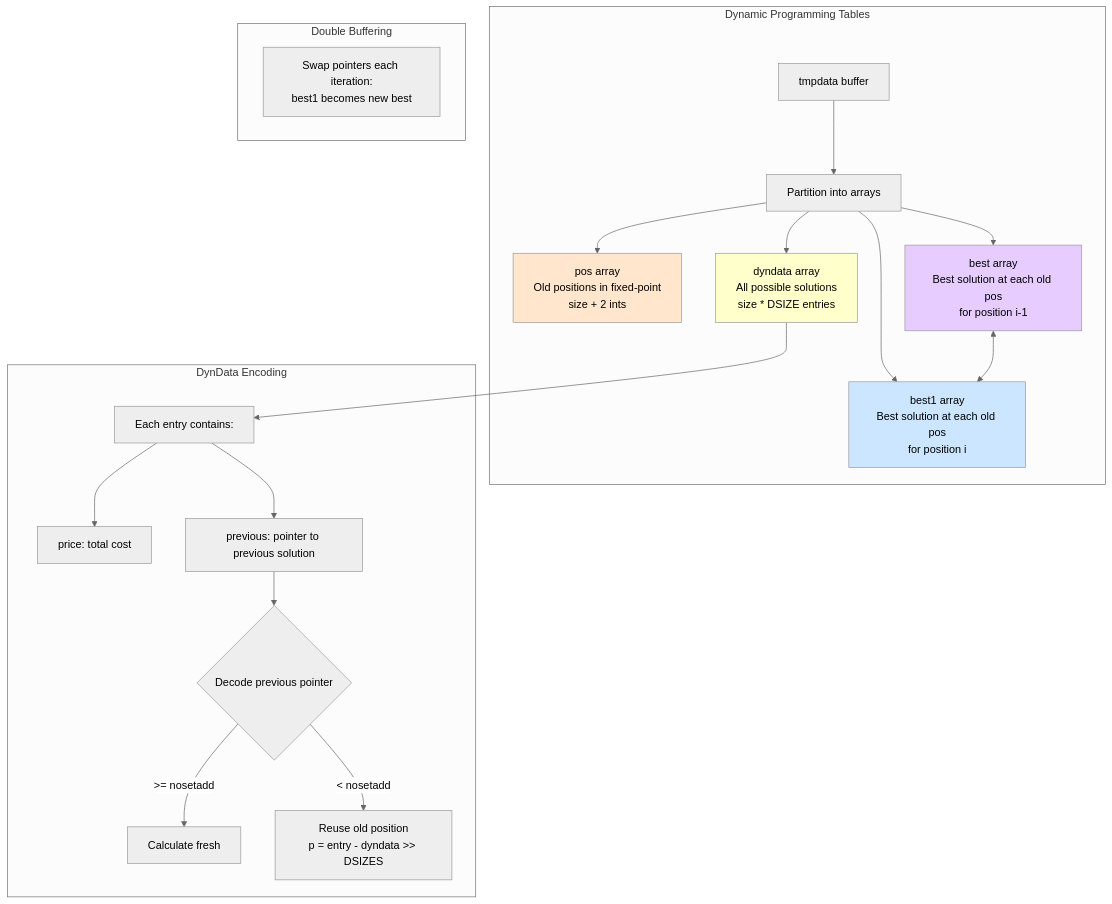
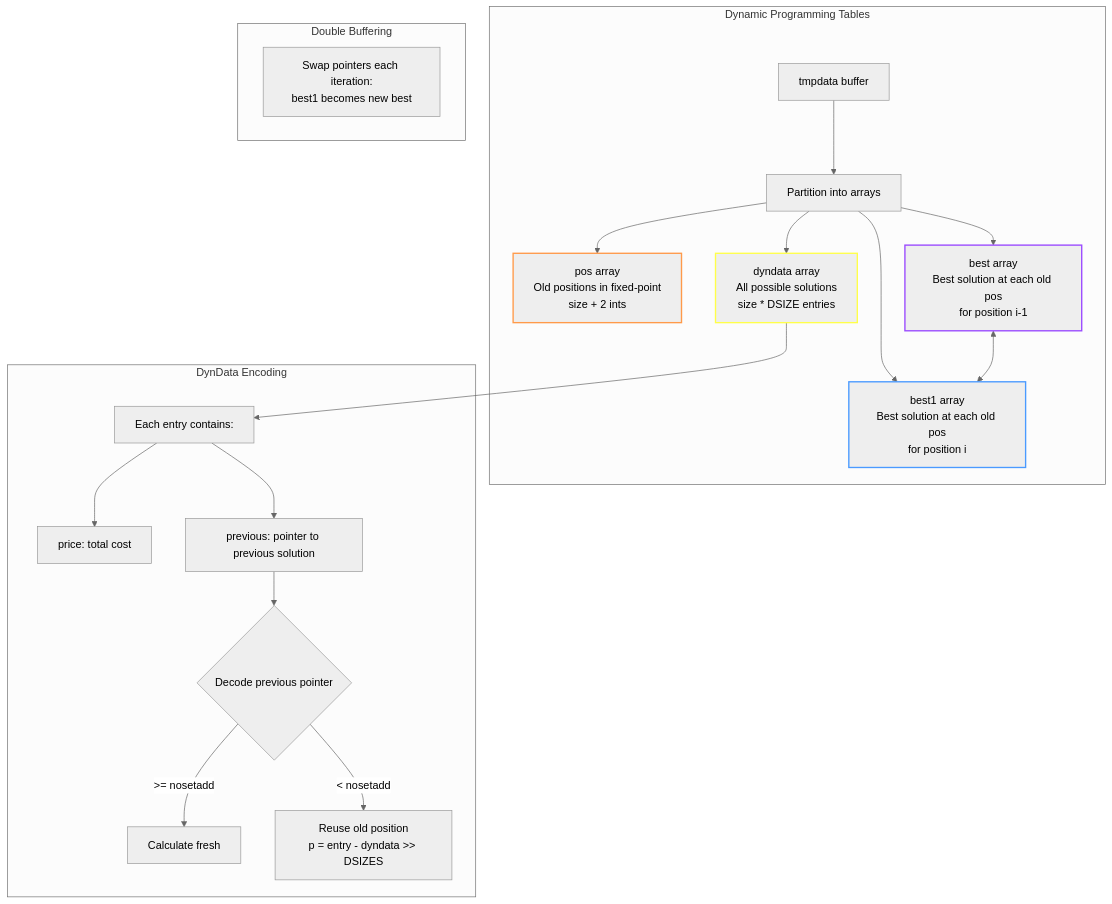
Before and after one commit to xaos-project/XaoS: the fourth of 7 diagrams in src/engine/zoomviz.md, drawn with Mermaid (neutral theme). The commit also changed other lines of this file, not shown here.

````diff
--- a/src/engine/zoomviz.md
+++ b/src/engine/zoomviz.md
@@ -120,32 +107,32 @@
 ```mermaid
 graph TD
     subgraph "Dynamic Programming Tables"
         TmpData[tmpdata buffer] --> Partition[Partition into arrays]
 
         Partition --> PosArray[pos array<br/>Old positions in fixed-point<br/>size + 2 ints]
         Partition --> Best[best array<br/>Best solution at each old pos<br/>for position i-1]
         Partition --> Best1[best1 array<br/>Best solution at each old pos<br/>for position i]
         Partition --> DynData[dyndata array<br/>All possible solutions<br/>size * DSIZE entries]
     end
 
     subgraph "Double Buffering"
         Best <--> Best1
         Note1[Swap pointers each iteration:<br/>best1 becomes new best]
     end
 
     subgraph "DynData Encoding"
         DynData --> Entry[Each entry contains:]
         Entry --> Price[price: total cost]
         Entry --> Prev[previous: pointer to previous solution]
 
         PrevDecode{Decode previous pointer}
         Prev --> PrevDecode
         PrevDecode -->|>= nosetadd| Fresh[Calculate fresh]
         PrevDecode -->|< nosetadd| Reuse[Reuse old position<br/>p = entry - dyndata >> DSIZES]
     end
 
-    style PosArray fill:#ffe6cc
-    style Best fill:#e6ccff
-    style Best1 fill:#cce6ff
-    style DynData fill:#ffffcc
+    style PosArray stroke:#ff9a4a,stroke-width:2px
+    style Best stroke:#9a4aff,stroke-width:2px
+    style Best1 stroke:#4a9aff,stroke-width:2px
+    style DynData stroke:#ffff4a,stroke-width:2px
 ```
````
